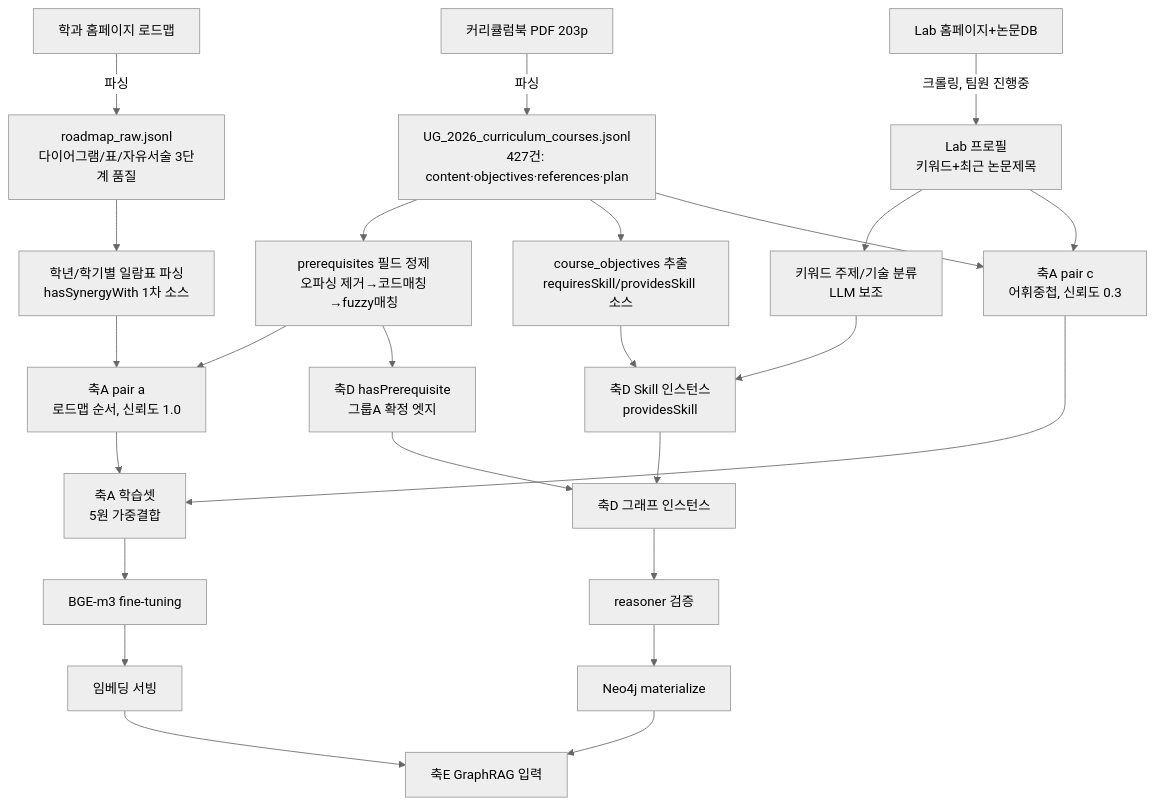
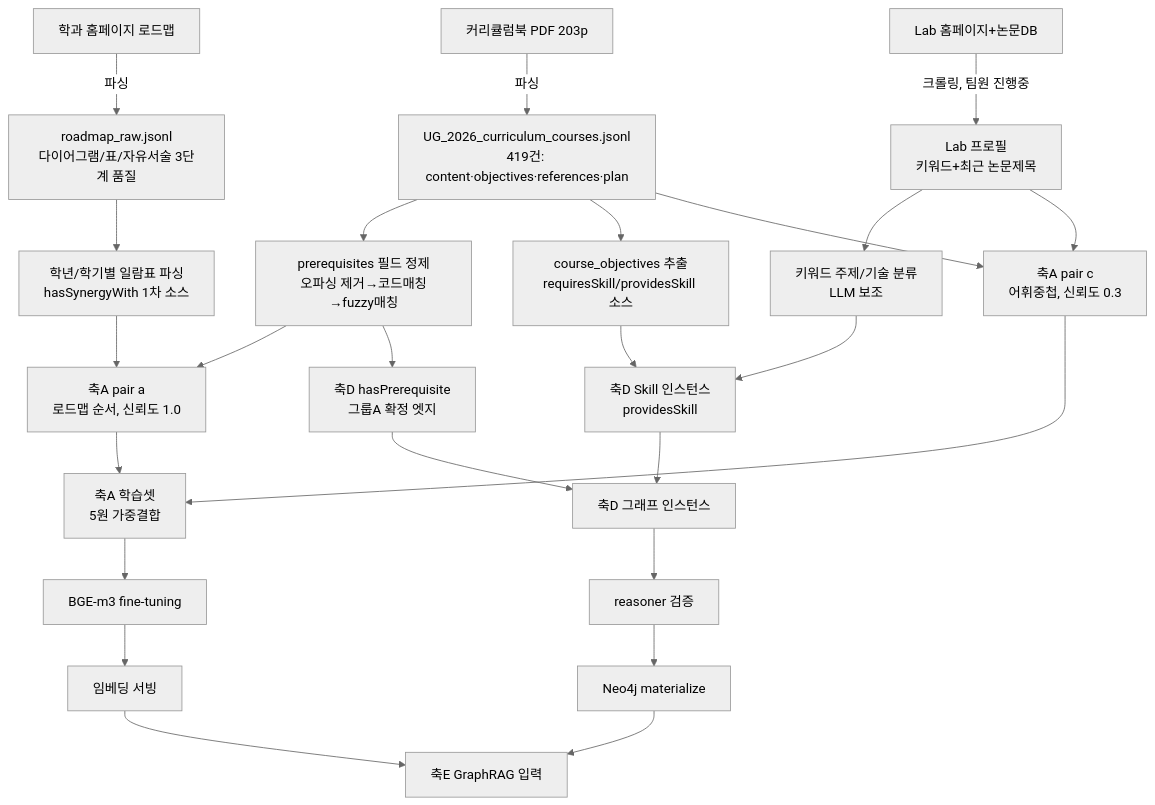
The fifth of 5 diagrams in PROJECT_DESIGN.md (sternjeong/UGRP_2026), drawn with Mermaid (neutral theme) before and after one commit. The commit also changed other lines of this file and 20 other files, not shown here.

````diff
--- a/PROJECT_DESIGN.md
+++ b/PROJECT_DESIGN.md
@@ -466,30 +487,30 @@
 ```mermaid
 flowchart TD
-    S1[커리큘럼북 PDF 203p] -->|파싱| S2[UG_2026_curriculum_courses.jsonl<br/>427건: content·objectives·references·plan]
+    S1[커리큘럼북 PDF 203p] -->|파싱| S2[UG_2026_curriculum_courses.jsonl<br/>419건: content·objectives·references·plan]
     S3[학과 홈페이지 로드맵] -->|파싱| S4[roadmap_raw.jsonl<br/>다이어그램/표/자유서술 3단계 품질]
     S5[Lab 홈페이지+논문DB] -->|크롤링, 팀원 진행중| S6[Lab 프로필<br/>키워드+최근 논문제목]
 
     S2 --> T1[prerequisites 필드 정제<br/>오파싱 제거→코드매칭→fuzzy매칭]
     S4 --> T2["학년/학기별 일람표" 파싱<br/>hasSynergyWith 1차 소스]
     S2 --> T3[course_objectives 추출<br/>requiresSkill/providesSkill 소스]
     S6 --> T4[키워드 주제/기술 분류<br/>LLM 보조]
 
     T1 --> U1[축A pair a<br/>로드맵 순서, 신뢰도 1.0]
     T2 --> U1
     S2 --> U2[축A pair c<br/>어휘중첩, 신뢰도 0.3]
     S6 --> U2
     T3 --> U3[축D Skill 인스턴스<br/>providesSkill]
     T4 --> U3
     T1 --> U4[축D hasPrerequisite<br/>그룹A 확정 엣지]
 
     U1 --> V1[축A 학습셋<br/>5원 가중결합]
     U2 --> V1
     V1 --> V2[BGE-m3 fine-tuning]
     U3 --> V3[축D 그래프 인스턴스]
     U4 --> V3
     V3 --> V4[reasoner 검증]
     V2 --> V5[임베딩 서빙]
     V4 --> V6[Neo4j materialize]
     V5 --> W1[축E GraphRAG 입력]
     V6 --> W1
 ```
````
